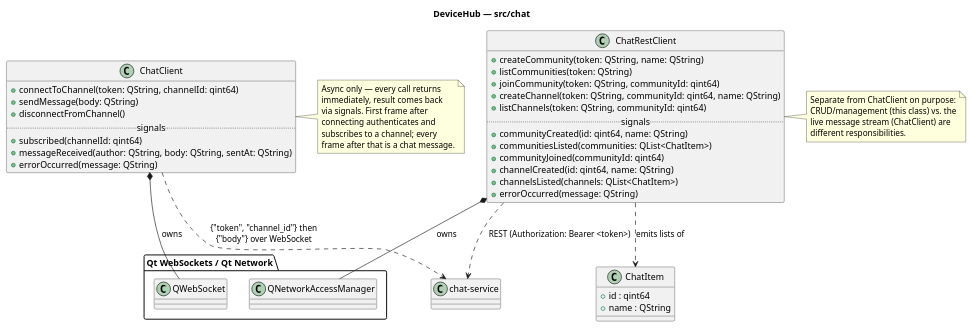
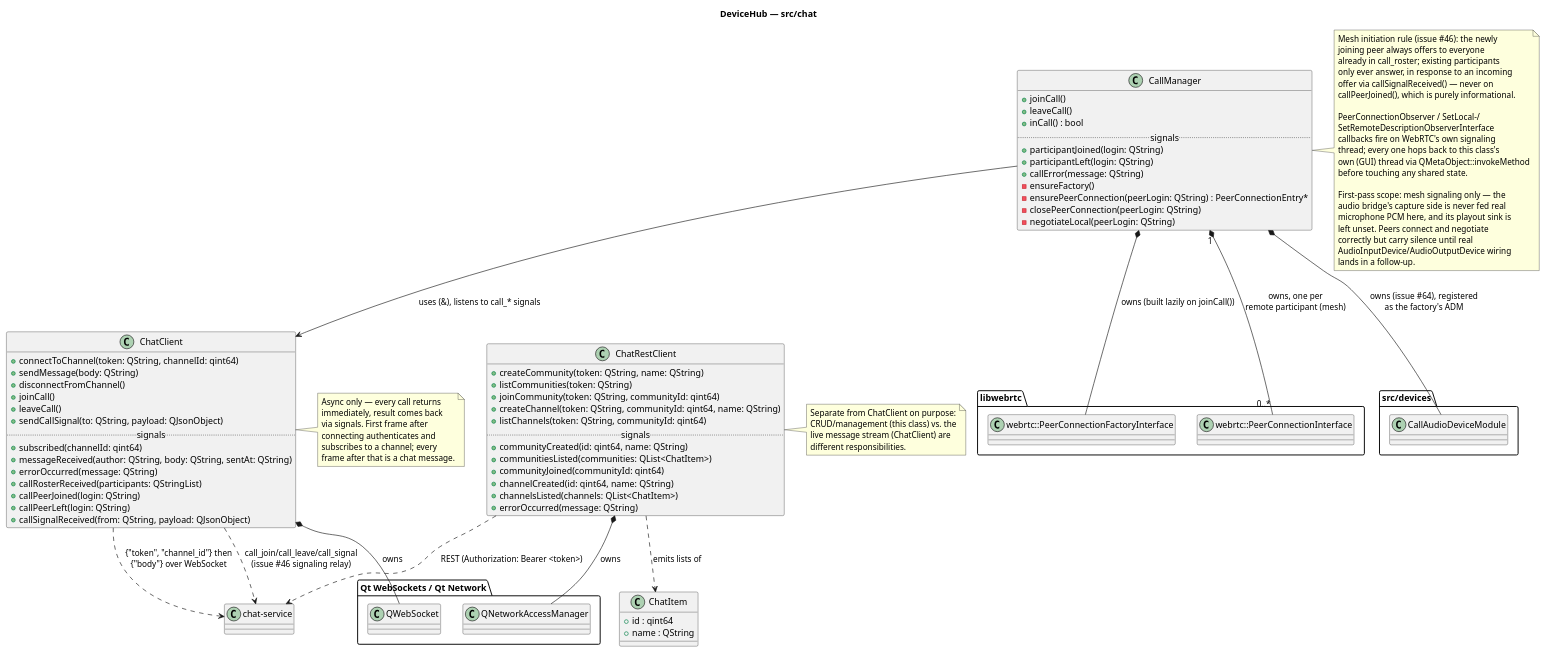
The diagram in docs/diagrams/chat.puml (NekrasovIS/Exp), drawn with PlantUML before and after one commit. The commit also changed 7 other files, not shown here.

```diff
--- a/docs/diagrams/chat.puml
+++ b/docs/diagrams/chat.puml
@@ -1,60 +1,118 @@
 @startuml chat
 title DeviceHub — src/chat
 
 package "Qt WebSockets / Qt Network" {
   class QWebSocket
   class QNetworkAccessManager
+}
+
+package "libwebrtc" {
+  class "webrtc::PeerConnectionFactoryInterface" as WebrtcPeerConnectionFactory
+  class "webrtc::PeerConnectionInterface" as WebrtcPeerConnection
+}
+
+package "src/devices" {
+  class CallAudioDeviceModule
 }
 
 class ChatItem {
   +id : qint64
   +name : QString
 }
 
 class ChatClient {
   +connectToChannel(token: QString, channelId: qint64)
   +sendMessage(body: QString)
   +disconnectFromChannel()
+  +joinCall()
+  +leaveCall()
+  +sendCallSignal(to: QString, payload: QJsonObject)
   .. signals ..
   +subscribed(channelId: qint64)
   +messageReceived(author: QString, body: QString, sentAt: QString)
   +errorOccurred(message: QString)
+  +callRosterReceived(participants: QStringList)
+  +callPeerJoined(login: QString)
+  +callPeerLeft(login: QString)
+  +callSignalReceived(from: QString, payload: QJsonObject)
 }
 ChatClient *-- QWebSocket : owns
 ChatClient ..> "chat-service" : {"token", "channel_id"} then\n{"body"} over WebSocket
+ChatClient ..> "chat-service" : call_join/call_leave/call_signal\n(issue #46 signaling relay)
+
+class CallManager {
+  +joinCall()
+  +leaveCall()
+  +inCall() : bool
+  .. signals ..
+  +participantJoined(login: QString)
+  +participantLeft(login: QString)
+  +callError(message: QString)
+  -ensureFactory()
+  -ensurePeerConnection(peerLogin: QString) : PeerConnectionEntry*
+  -closePeerConnection(peerLogin: QString)
+  -negotiateLocal(peerLogin: QString)
+}
+CallManager --> ChatClient : uses (&), listens to call_* signals
+CallManager *-- WebrtcPeerConnectionFactory : owns (built lazily on joinCall())
+CallManager "1" *-- "0..*" WebrtcPeerConnection : owns, one per\nremote participant (mesh)
+CallManager *-- CallAudioDeviceModule : owns (issue #64), registered\nas the factory's ADM
+note right of CallManager
+  Mesh initiation rule (issue #46): the newly
+  joining peer always offers to everyone
+  already in call_roster; existing participants
+  only ever answer, in response to an incoming
+  offer via callSignalReceived() — never on
+  callPeerJoined(), which is purely informational.
+
+  PeerConnectionObserver / SetLocal-/
+  SetRemoteDescriptionObserverInterface
+  callbacks fire on WebRTC's own signaling
+  thread; every one hops back to this class's
+  own (GUI) thread via QMetaObject::invokeMethod
+  before touching any shared state.
+
+  First-pass scope: mesh signaling only — the
+  audio bridge's capture side is never fed real
+  microphone PCM here, and its playout sink is
+  left unset. Peers connect and negotiate
+  correctly but carry silence until real
+  AudioInputDevice/AudioOutputDevice wiring
+  lands in a follow-up.
+end note
 
 class ChatRestClient {
   +createCommunity(token: QString, name: QString)
   +listCommunities(token: QString)
   +joinCommunity(token: QString, communityId: qint64)
   +createChannel(token: QString, communityId: qint64, name: QString)
   +listChannels(token: QString, communityId: qint64)
   .. signals ..
   +communityCreated(id: qint64, name: QString)
   +communitiesListed(communities: QList<ChatItem>)
   +communityJoined(communityId: qint64)
   +channelCreated(id: qint64, name: QString)
   +channelsListed(channels: QList<ChatItem>)
   +errorOccurred(message: QString)
 }
 ChatRestClient *-- QNetworkAccessManager : owns
 ChatRestClient ..> ChatItem : emits lists of
 ChatRestClient ..> "chat-service" : REST (Authorization: Bearer <token>)
 
 note right of ChatClient
   Async only — every call returns
   immediately, result comes back
   via signals. First frame after
   connecting authenticates and
   subscribes to a channel; every
   frame after that is a chat message.
 end note
 
 note right of ChatRestClient
   Separate from ChatClient on purpose:
   CRUD/management (this class) vs. the
   live message stream (ChatClient) are
   different responsibilities.
 end note
 
 @enduml
```
